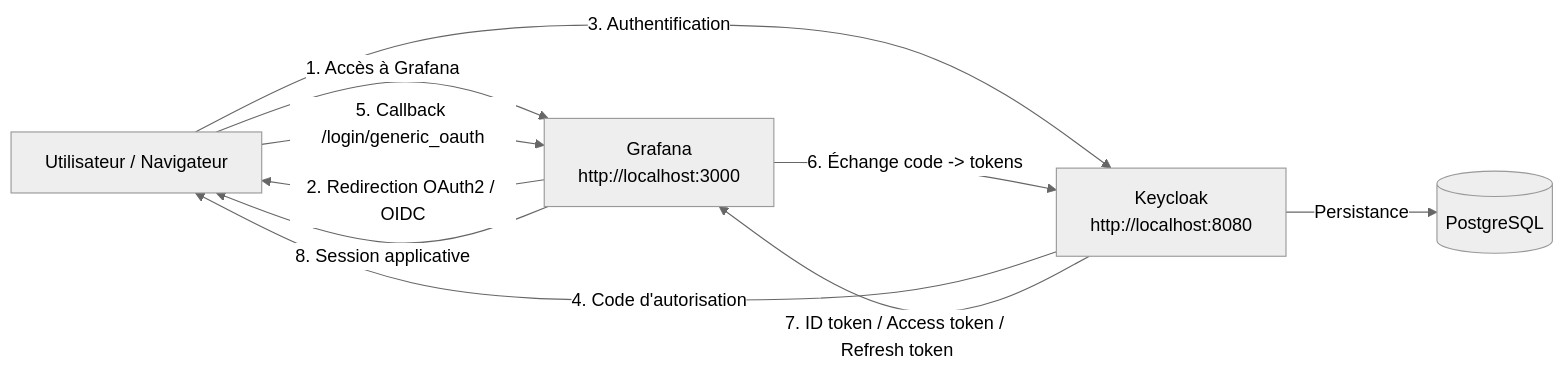
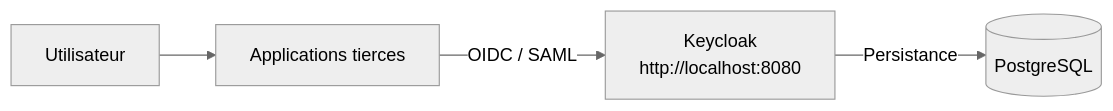
One commit to RobinThiriet/Keycloak changed the diagram in docs/architecture.md. Above: the diagram before and after it, drawn with Mermaid (neutral theme). The commit also changed other lines of this file and 6 other files, not shown here.

````diff
--- a/docs/architecture.md
+++ b/docs/architecture.md
@@ -13,17 +14,11 @@
 ```mermaid
 flowchart LR
-    U[Utilisateur / Navigateur]
-    G[Grafana<br/>http://localhost:3000]
+    U[Utilisateur]
+    A[Applications tierces]
     K[Keycloak<br/>http://localhost:8080]
     P[(PostgreSQL)]
 
-    U -->|1. Accès à Grafana| G
-    G -->|2. Redirection OAuth2 / OIDC| U
-    U -->|3. Authentification| K
-    K -->|4. Code d'autorisation| U
-    U -->|5. Callback /login/generic_oauth| G
-    G -->|6. Échange code -> tokens| K
-    K -->|7. ID token / Access token / Refresh token| G
-    G -->|8. Session applicative| U
+    U --> A
+    A -->|OIDC / SAML| K
     K -->|Persistance| P
 ```
````
